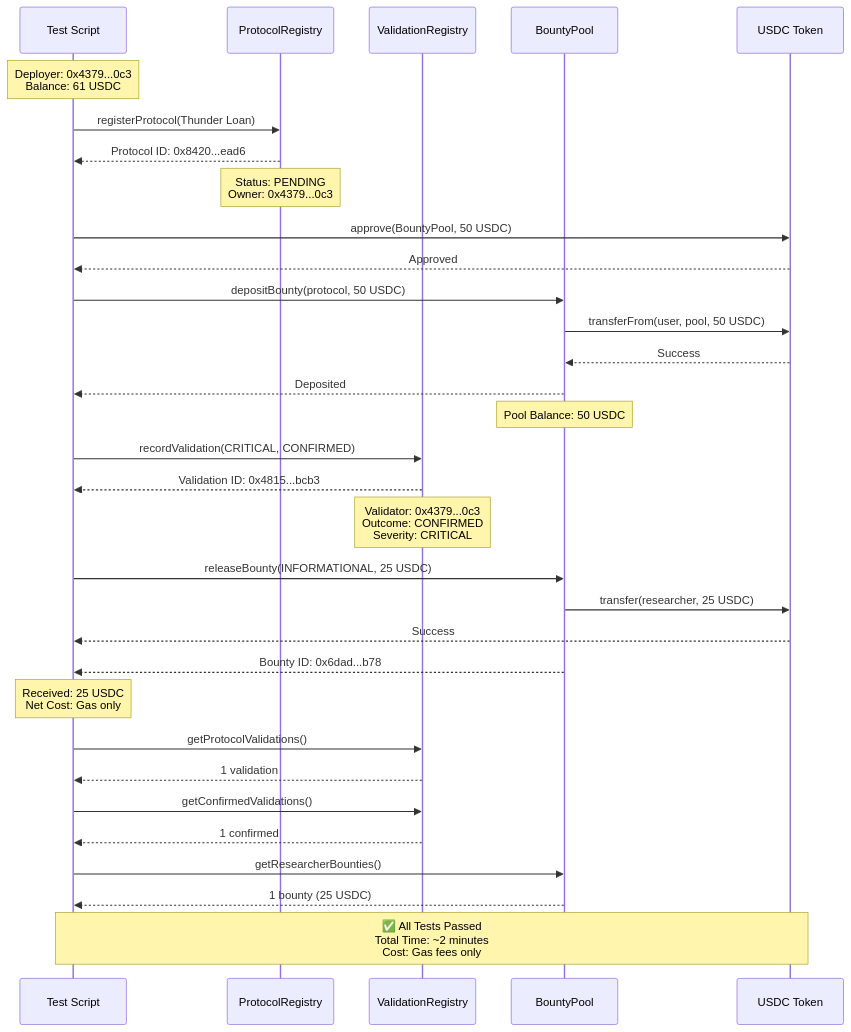
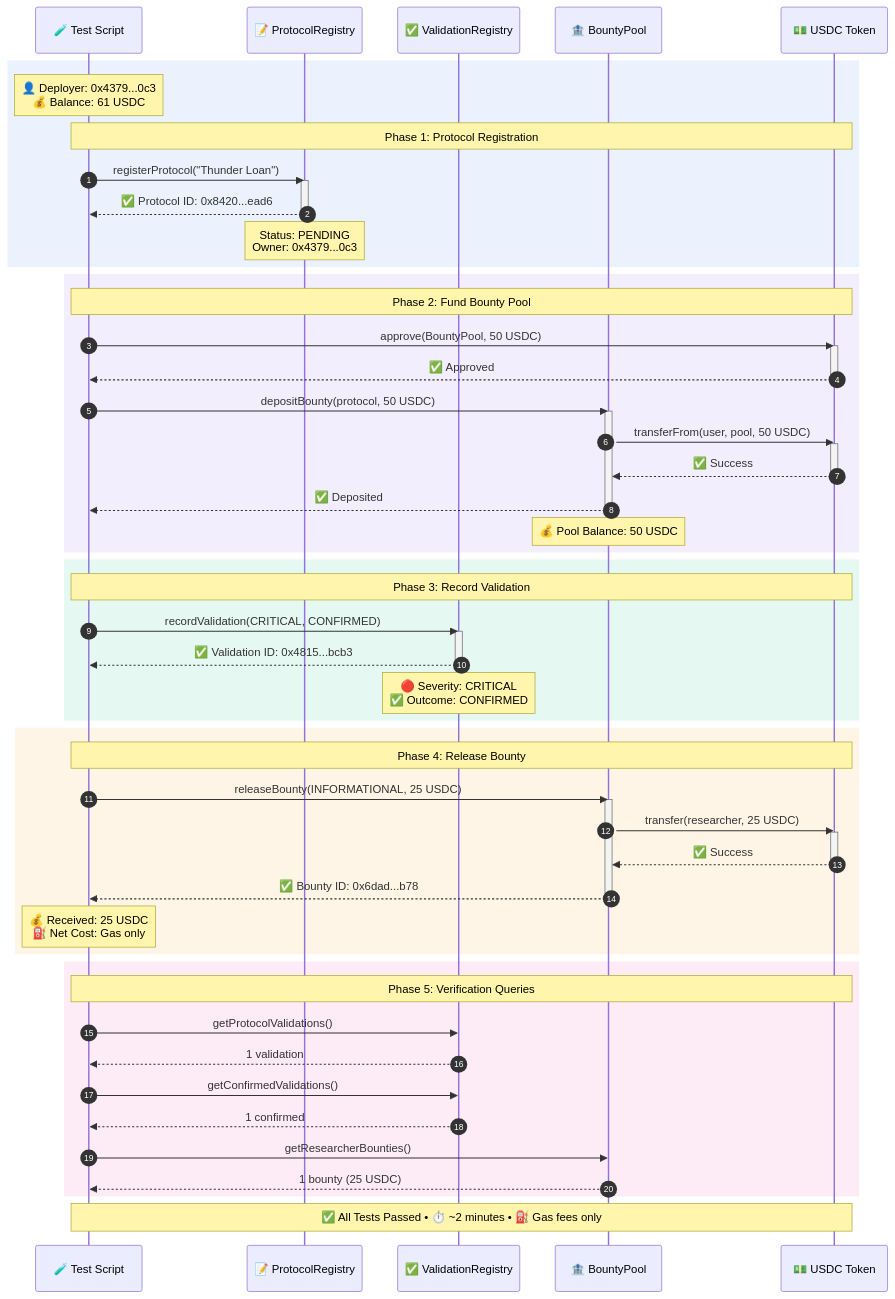
One commit to jul1angr1s/AI_Bug_Bountry_App changed the fourth of 4 diagrams in README.md. Above: the diagram before and after it, drawn with Mermaid. The commit also changed other lines of this file, not shown here.

First line of the commit message:
docs(readme): Enhance diagrams with beautiful mermaid visualizations

````diff
--- a/README.md
+++ b/README.md
@@ -120,42 +208,71 @@
 ```mermaid
 sequenceDiagram
-    participant User as Test Script
-    participant PR as ProtocolRegistry
-    participant VR as ValidationRegistry
-    participant BP as BountyPool
-    participant USDC as USDC Token
+    autonumber
+    participant User as 🧪 Test Script
+    participant PR as 📝 ProtocolRegistry
+    participant VR as ✅ ValidationRegistry
+    participant BP as 🏦 BountyPool
+    participant USDC as 💵 USDC Token
 
-    Note over User: Deployer: 0x4379...0c3<br/>Balance: 61 USDC
+    rect rgb(59, 130, 246, 0.1)
+        Note over User: 👤 Deployer: 0x4379...0c3<br/>💰 Balance: 61 USDC
+        Note over User,USDC: Phase 1: Protocol Registration
+        User->>PR: registerProtocol("Thunder Loan")
+        activate PR
+        PR-->>User: ✅ Protocol ID: 0x8420...ead6
+        deactivate PR
+        Note over PR: Status: PENDING<br/>Owner: 0x4379...0c3
+    end
 
-    User->>PR: registerProtocol(Thunder Loan)
-    PR-->>User: Protocol ID: 0x8420...ead6
-    Note over PR: Status: PENDING<br/>Owner: 0x4379...0c3
+    rect rgb(139, 92, 246, 0.1)
+        Note over User,USDC: Phase 2: Fund Bounty Pool
+        User->>USDC: approve(BountyPool, 50 USDC)
+        activate USDC
+        USDC-->>User: ✅ Approved
+        deactivate USDC
 
-    User->>USDC: approve(BountyPool, 50 USDC)
-    USDC-->>User: Approved
+        User->>BP: depositBounty(protocol, 50 USDC)
+        activate BP
+        BP->>USDC: transferFrom(user, pool, 50 USDC)
+        activate USDC
+        USDC-->>BP: ✅ Success
+        deactivate USDC
+        BP-->>User: ✅ Deposited
+        deactivate BP
+        Note over BP: 💰 Pool Balance: 50 USDC
+    end
 
-    User->>BP: depositBounty(protocol, 50 USDC)
-    BP->>USDC: transferFrom(user, pool, 50 USDC)
-    USDC-->>BP: Success
-    BP-->>User: Deposited
-    Note over BP: Pool Balance: 50 USDC
+    rect rgb(16, 185, 129, 0.1)
+        Note over User,USDC: Phase 3: Record Validation
+        User->>VR: recordValidation(CRITICAL, CONFIRMED)
+        activate VR
+        VR-->>User: ✅ Validation ID: 0x4815...bcb3
+        deactivate VR
+        Note over VR: 🔴 Severity: CRITICAL<br/>✅ Outcome: CONFIRMED
+    end
 
-    User->>VR: recordValidation(CRITICAL, CONFIRMED)
-    VR-->>User: Validation ID: 0x4815...bcb3
-    Note over VR: Validator: 0x4379...0c3<br/>Outcome: CONFIRMED<br/>Severity: CRITICAL
+    rect rgb(245, 158, 11, 0.1)
+        Note over User,USDC: Phase 4: Release Bounty
+        User->>BP: releaseBounty(INFORMATIONAL, 25 USDC)
+        activate BP
+        BP->>USDC: transfer(researcher, 25 USDC)
+        activate USDC
+        USDC-->>BP: ✅ Success
+        deactivate USDC
+        BP-->>User: ✅ Bounty ID: 0x6dad...b78
+        deactivate BP
+        Note over User: 💰 Received: 25 USDC<br/>⛽ Net Cost: Gas only
+    end
 
-    User->>BP: releaseBounty(INFORMATIONAL, 25 USDC)
-    BP->>USDC: transfer(researcher, 25 USDC)
-    USDC-->>User: Success
-    BP-->>User: Bounty ID: 0x6dad...b78
-    Note over User: Received: 25 USDC<br/>Net Cost: Gas only
+    rect rgb(236, 72, 153, 0.1)
+        Note over User,USDC: Phase 5: Verification Queries
+        User->>VR: getProtocolValidations()
+        VR-->>User: 1 validation
+        User->>VR: getConfirmedValidations()
+        VR-->>User: 1 confirmed
+        User->>BP: getResearcherBounties()
+        BP-->>User: 1 bounty (25 USDC)
+    end
 
-    User->>VR: getProtocolValidations()
-    VR-->>User: 1 validation
-    User->>VR: getConfirmedValidations()
-    VR-->>User: 1 confirmed
-    User->>BP: getResearcherBounties()
-    BP-->>User: 1 bounty (25 USDC)
-
-    Note over User,USDC: ✅ All Tests Passed<br/>Total Time: ~2 minutes<br/>Cost: Gas fees only
+    Note over User,USDC: ✅ All Tests Passed • ⏱️ ~2 minutes • ⛽ Gas fees only
 ```
````
